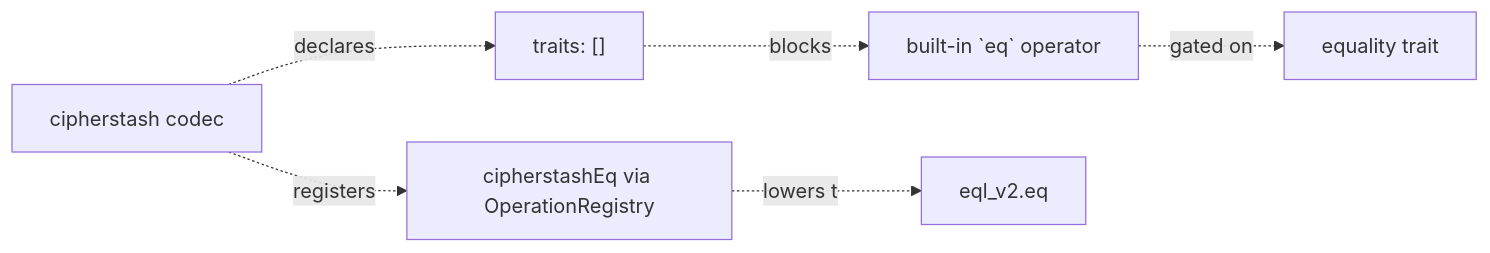
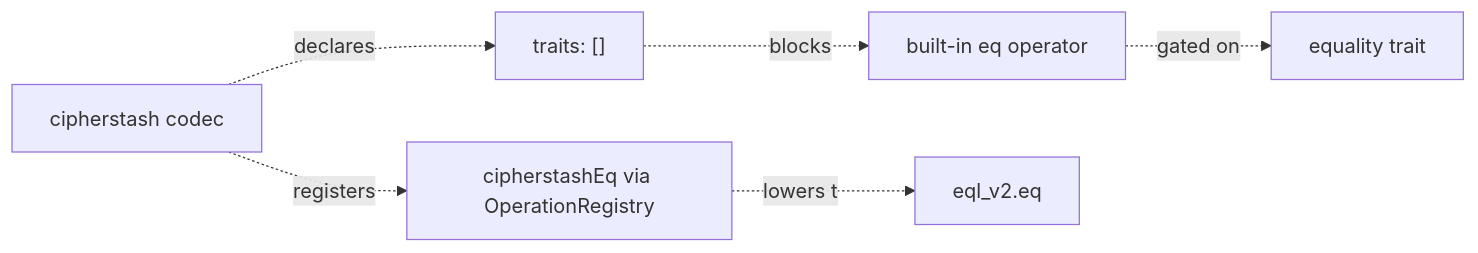
The first of 2 diagrams in docs/architecture docs/adrs/ADR 214 - Extension operator surface namespaced replacement operators.md (prisma/prisma-next), drawn with Mermaid before and after one commit. The commit also changed 1 other file, not shown here.

Commit message:
docs: address review nits in create-pr SKILL and ADR 214 mermaid
Detect base branch in create-pr instead of hardcoding main, fix MD040/MD038 and ordering ambiguity in the body-shape guidance, and drop literal backticks from a mermaid node label in ADR 214 so the diagram renders cleanly.

````diff
--- a/docs/architecture docs/adrs/ADR 214 - Extension operator surface namespaced replacement operators.md
+++ b/docs/architecture docs/adrs/ADR 214 - Extension operator surface namespaced replacement operators.md
@@ -11,8 +11,8 @@
 ```mermaid
 flowchart LR
-  Built[built-in `eq` operator] -.gated on.-> Trait[equality trait]
+  Built[built-in eq operator] -.gated on.-> Trait[equality trait]
   Codec[cipherstash codec] -.declares.-> NoTraits["traits: []"]
   NoTraits -.blocks.-> Built
   Codec -.registers.-> Ns[cipherstashEq via OperationRegistry]
   Ns -.lowers to.-> EqlEq[eql_v2.eq]
 ```
````
